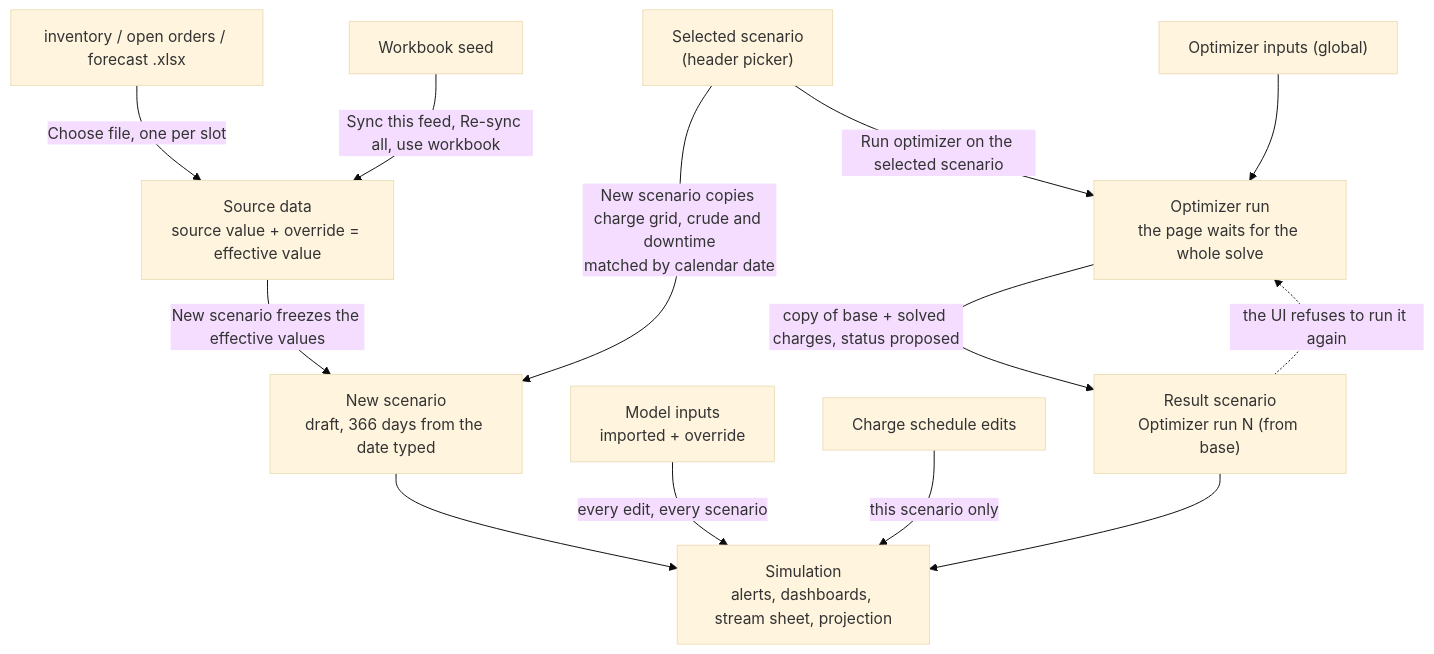
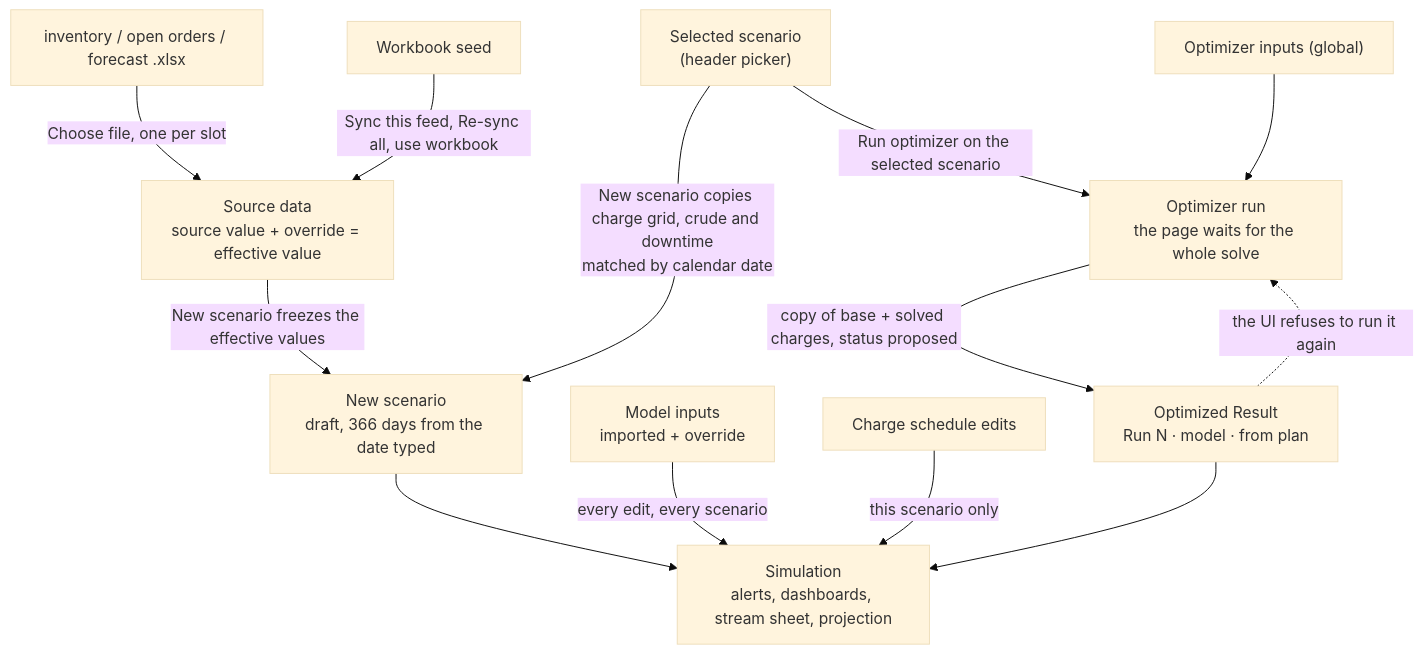
Before and after one commit to Mspagnolo27248/mip-solver-python: the second of 2 diagrams in .claude/skills/ui-ux-audit/ui-flow.md, drawn with Mermaid (base theme). The commit also changed other lines of this file and 7 other files, not shown here.

First line of the commit message:
Call them Current Plan and Optimized Result, and split the scenario list in two

````diff
--- a/.claude/skills/ui-ux-audit/ui-flow.md
+++ b/.claude/skills/ui-ux-audit/ui-flow.md
@@ -108,18 +109,18 @@
 ```mermaid
 flowchart TD
   FILES["inventory / open orders / forecast .xlsx"] -->|"Choose file, one per slot"| SRC
   WB["Workbook seed"] -->|"Sync this feed, Re-sync all, use workbook"| SRC
   SRC["Source data<br/>source value + override = effective value"]
   SEL["Selected scenario<br/>(header picker)"]
   SRC -->|"New scenario freezes the effective values"| SCN
   SEL -->|"New scenario copies charge grid, crude and downtime<br/>matched by calendar date"| SCN
   SCN["New scenario<br/>draft, 366 days from the date typed"]
   REFD["Model inputs<br/>imported + override"] -->|"every edit, every scenario"| SIM
   SCN --> SIM["Simulation<br/>alerts, dashboards, stream sheet, projection"]
   EDIT["Charge schedule edits"] -->|"this scenario only"| SIM
   OPT["Optimizer inputs (global)"] --> RUN
   SEL -->|"Run optimizer on the selected scenario"| RUN["Optimizer run<br/>the page waits for the whole solve"]
-  RUN -->|"copy of base + solved charges, status proposed"| RES["Result scenario<br/>Optimizer run N (from base)"]
+  RUN -->|"copy of base + solved charges, status proposed"| RES["Optimized Result<br/>Run N · model · from plan"]
   RES -. "the UI refuses to run it again" .-> RUN
   RES --> SIM
 ```
````
